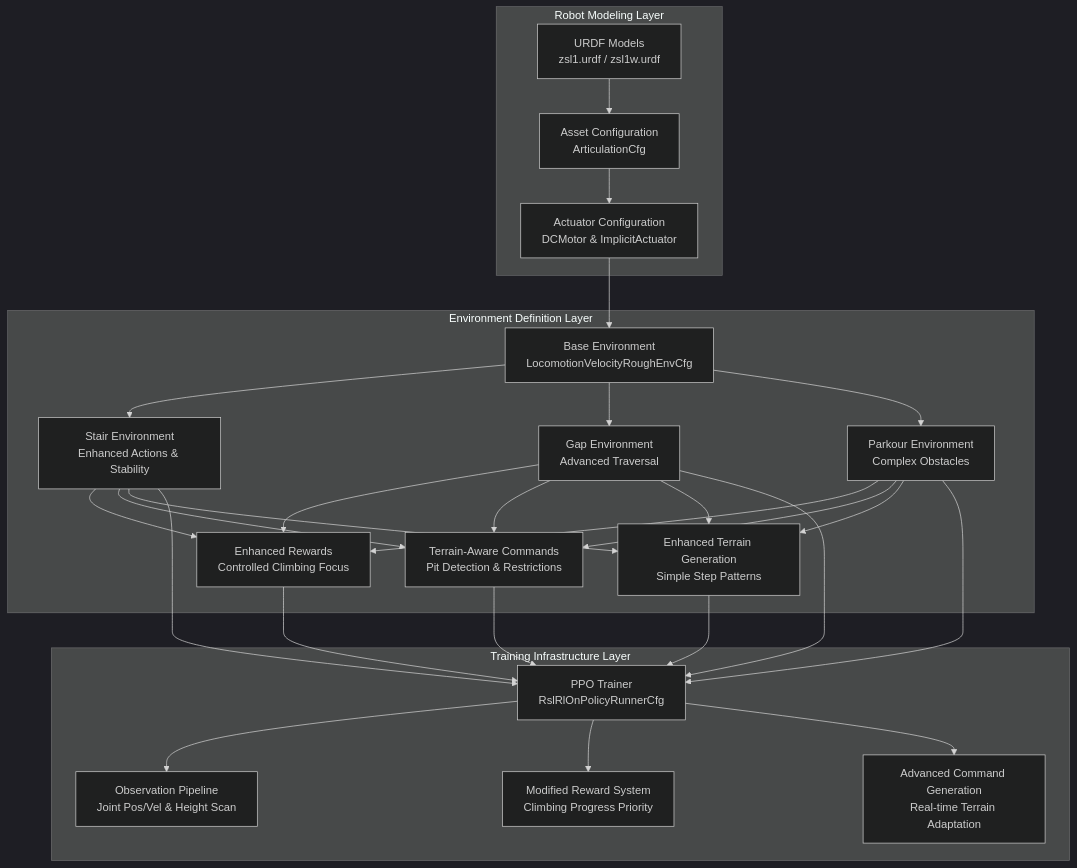
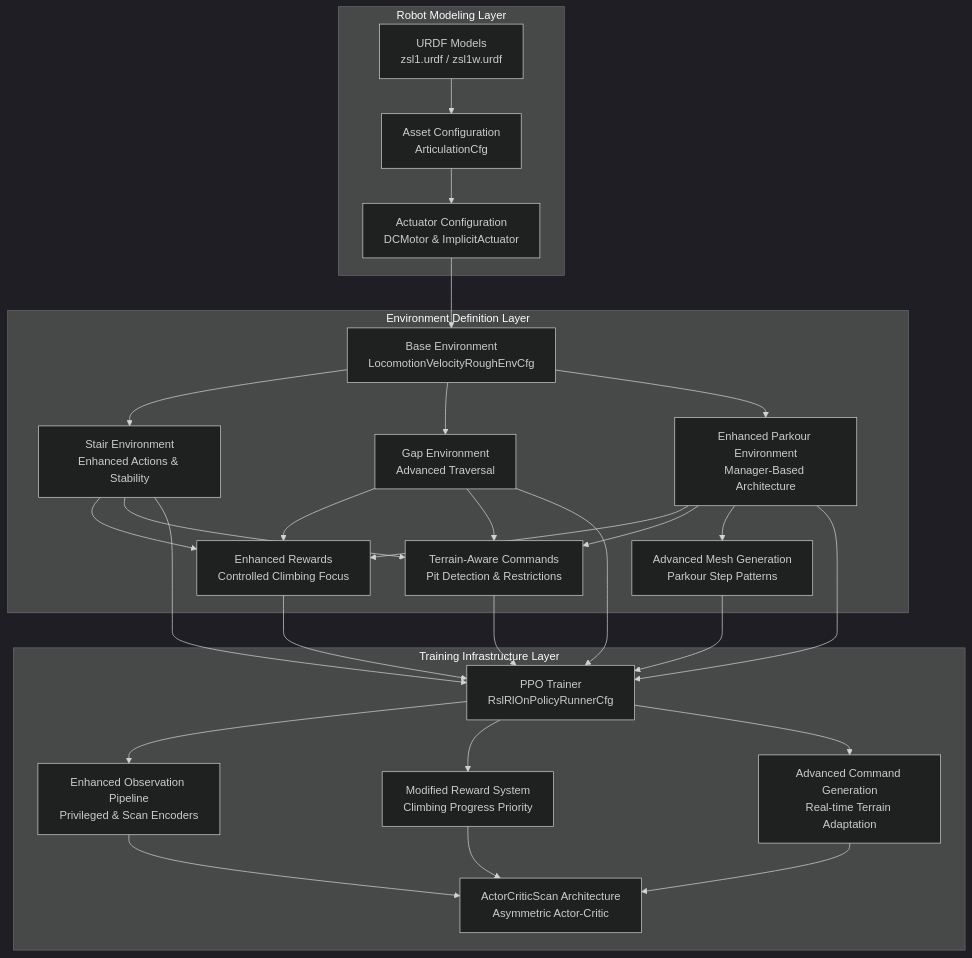
Before and after one commit to jayjayhust/robot_lab: the second of 17 diagrams in .qoder/repowiki/en/content/ZSIBOT ZSL1 Stair Climbing Configuration.md, drawn with Mermaid (dark theme). The commit also changed other lines of this file and 9 other files, not shown here.

````diff
--- a/.qoder/repowiki/en/content/ZSIBOT ZSL1 Stair Climbing Configuration.md
+++ b/.qoder/repowiki/en/content/ZSIBOT ZSL1 Stair Climbing Configuration.md
@@ -174,47 +197,49 @@
 ```mermaid
 graph TB
 subgraph "Robot Modeling Layer"
 URDF_MODEL["URDF Models<br/>zsl1.urdf / zsl1w.urdf"]
 ASSET_CONFIG["Asset Configuration<br/>ArticulationCfg"]
 ACTUATOR_CONFIG["Actuator Configuration<br/>DCMotor & ImplicitActuator"]
 end
 subgraph "Environment Definition Layer"
 BASE_ENV["Base Environment<br/>LocomotionVelocityRoughEnvCfg"]
 STAIR_ENV["Stair Environment<br/>Enhanced Actions & Stability"]
 GAP_ENV["Gap Environment<br/>Advanced Traversal"]
-PARKOUR_ENV["Parkour Environment<br/>Complex Obstacles"]
+PARKOUR_ENV["Enhanced Parkour Environment<br/>Manager-Based Architecture"]
 ENHANCED_REWARDS["Enhanced Rewards<br/>Controlled Climbing Focus"]
 TERRAIN_COMMANDS["Terrain-Aware Commands<br/>Pit Detection & Restrictions"]
-TERRAIN_GENERATION["Enhanced Terrain Generation<br/>Simple Step Patterns"]
+MESH_GENERATION["Advanced Mesh Generation<br/>Parkour Step Patterns"]
 end
 subgraph "Training Infrastructure Layer"
 PPO_TRAINER["PPO Trainer<br/>RslRlOnPolicyRunnerCfg"]
-OBSERVATION["Observation Pipeline<br/>Joint Pos/Vel & Height Scan"]
+OBSERVATION["Enhanced Observation Pipeline<br/>Privileged & Scan Encoders"]
 REWARD_SYSTEM["Modified Reward System<br/>Climbing Progress Priority"]
 COMMAND_GENERATION["Advanced Command Generation<br/>Real-time Terrain Adaptation"]
+NEURAL_NETWORK["ActorCriticScan Architecture<br/>Asymmetric Actor-Critic"]
 end
 URDF_MODEL --> ASSET_CONFIG
 ASSET_CONFIG --> ACTUATOR_CONFIG
 ACTUATOR_CONFIG --> BASE_ENV
 BASE_ENV --> STAIR_ENV
 BASE_ENV --> GAP_ENV
 BASE_ENV --> PARKOUR_ENV
 STAIR_ENV --> ENHANCED_REWARDS
 GAP_ENV --> ENHANCED_REWARDS
 PARKOUR_ENV --> ENHANCED_REWARDS
 STAIR_ENV --> TERRAIN_COMMANDS
 GAP_ENV --> TERRAIN_COMMANDS
 PARKOUR_ENV --> TERRAIN_COMMANDS
-STAIR_ENV --> TERRAIN_GENERATION
-GAP_ENV --> TERRAIN_GENERATION
-PARKOUR_ENV --> TERRAIN_GENERATION
+PARKOUR_ENV --> MESH_GENERATION
 ENHANCED_REWARDS --> PPO_TRAINER
 TERRAIN_COMMANDS --> PPO_TRAINER
-TERRAIN_GENERATION --> PPO_TRAINER
+MESH_GENERATION --> PPO_TRAINER
 STAIR_ENV --> PPO_TRAINER
 GAP_ENV --> PPO_TRAINER
 PARKOUR_ENV --> PPO_TRAINER
 PPO_TRAINER --> OBSERVATION
 PPO_TRAINER --> REWARD_SYSTEM
 PPO_TRAINER --> COMMAND_GENERATION
+OBSERVATION --> NEURAL_NETWORK
+REWARD_SYSTEM --> NEURAL_NETWORK
+COMMAND_GENERATION --> NEURAL_NETWORK
 ```
````
